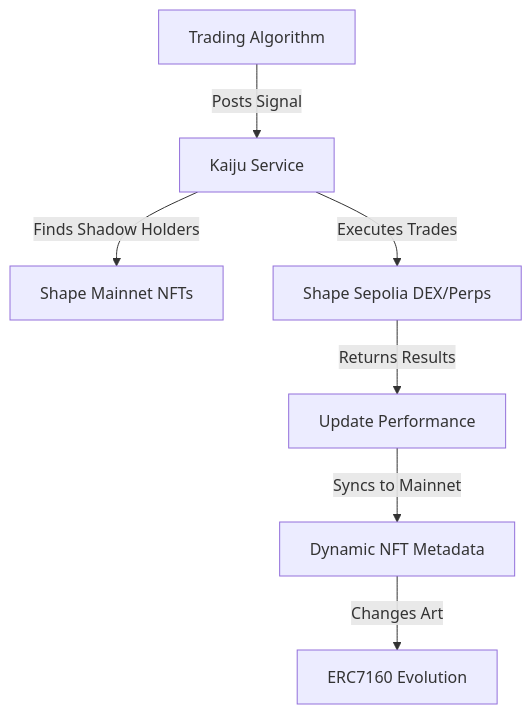
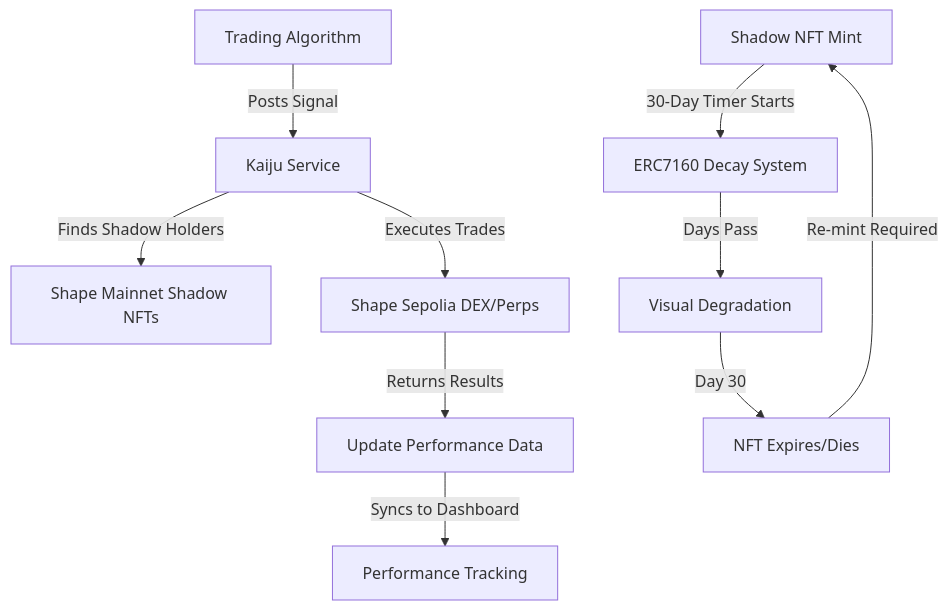
Before and after one commit to CipherKuma/Kaiju-no-69: the diagram in README.md, drawn with Mermaid. The commit also changed other lines of this file and 76 other files, not shown here.

````diff
--- a/README.md
+++ b/README.md
@@ -57,9 +57,13 @@
 ```mermaid
 graph TB
     A[Trading Algorithm] -->|Posts Signal| B[Kaiju Service]
-    B -->|Finds Shadow Holders| C[Shape Mainnet NFTs]
+    B -->|Finds Shadow Holders| C[Shape Mainnet Shadow NFTs]
     B -->|Executes Trades| D[Shape Sepolia DEX/Perps]
-    D -->|Returns Results| E[Update Performance]
-    E -->|Syncs to Mainnet| F[Dynamic NFT Metadata]
-    F -->|Changes Art| G[ERC7160 Evolution]
+    D -->|Returns Results| E[Update Performance Data]
+    E -->|Syncs to Dashboard| F[Performance Tracking]
+    
+    G[Shadow NFT Mint] -->|30-Day Timer Starts| H[ERC7160 Decay System]
+    H -->|Days Pass| I[Visual Degradation]
+    I -->|Day 30| J[NFT Expires/Dies]
+    J -->|Re-mint Required| G
 ```
````
